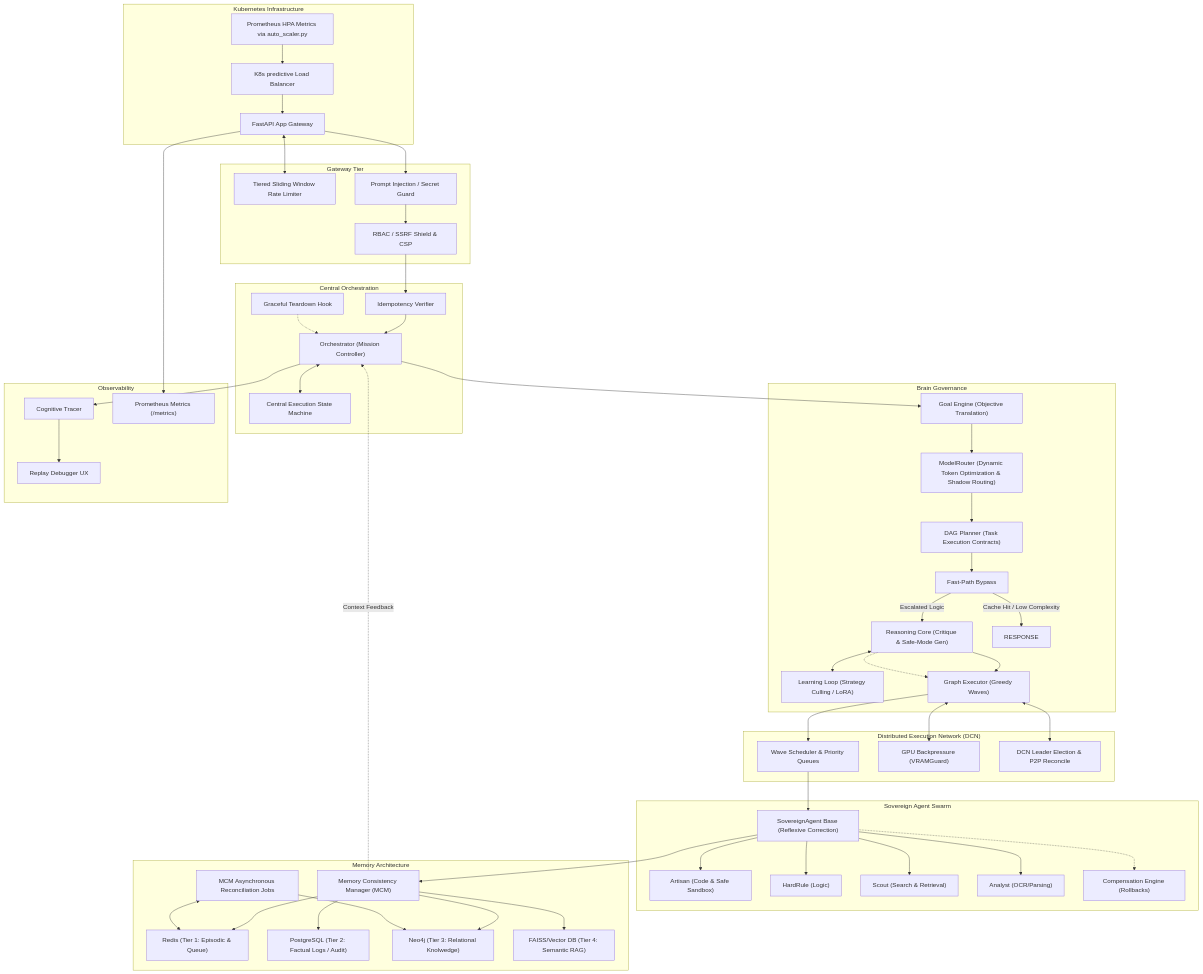
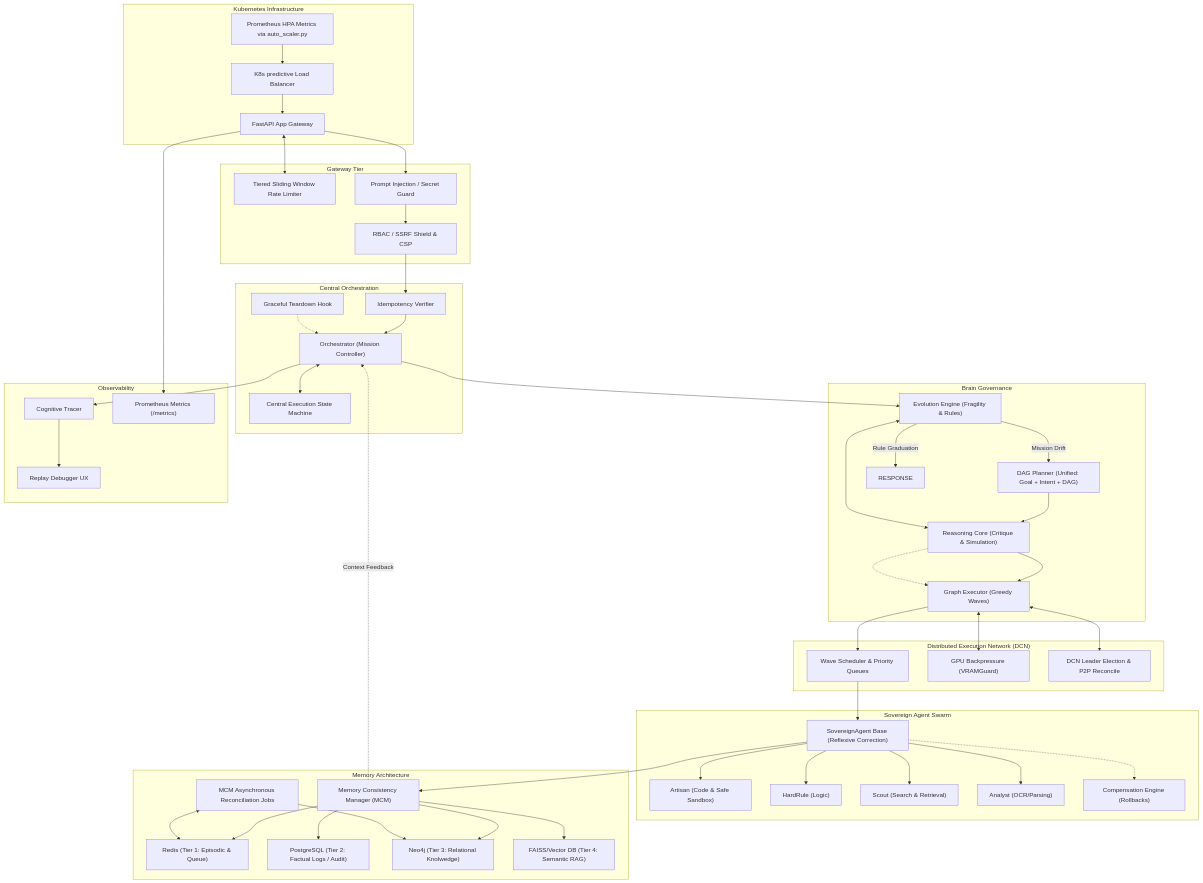
The fourth of 4 diagrams in README.md (Blackdrg/levi-ai-innovate), drawn with Mermaid before and after one commit. The commit also changed other lines of this file and 54 other files, not shown here.

```diff
--- a/README.md
+++ b/README.md
@@ -175,20 +171,15 @@
 
   %% === Planning & Brain Governance ===
   subgraph Brain Governance
-    GE["Goal Engine (Objective Translation)"]
-    ROUTER["ModelRouter (Dynamic Token Optimization & Shadow Routing)"]
-    PL["DAG Planner (Task Execution Contracts)"]
-    RC["Reasoning Core (Critique & Safe-Mode Gen)"]
-    FP["Fast-Path Bypass"]
-    LL["Learning Loop (Strategy Culling / LoRA)"]
+    PL["DAG Planner (Unified: Goal + Intent + DAG)"]
+    RC["Reasoning Core (Critique & Simulation)"]
+    EVO["Evolution Engine (Fragility & Rules)"]
     
-    ORC --> GE
-    GE --> ROUTER
-    ROUTER --> PL
-    PL --> FP
-    FP --"Cache Hit / Low Complexity"--> RESPONSE
-    FP --"Escalated Logic"--> RC
-    RC <--> LL
+    ORC --> EVO
+    EVO --"Rule Graduation"--> RESPONSE
+    EVO --"Mission Drift"--> PL
+    PL --> RC
+    RC <--> EVO
     RC --> EX
   end
 
```
